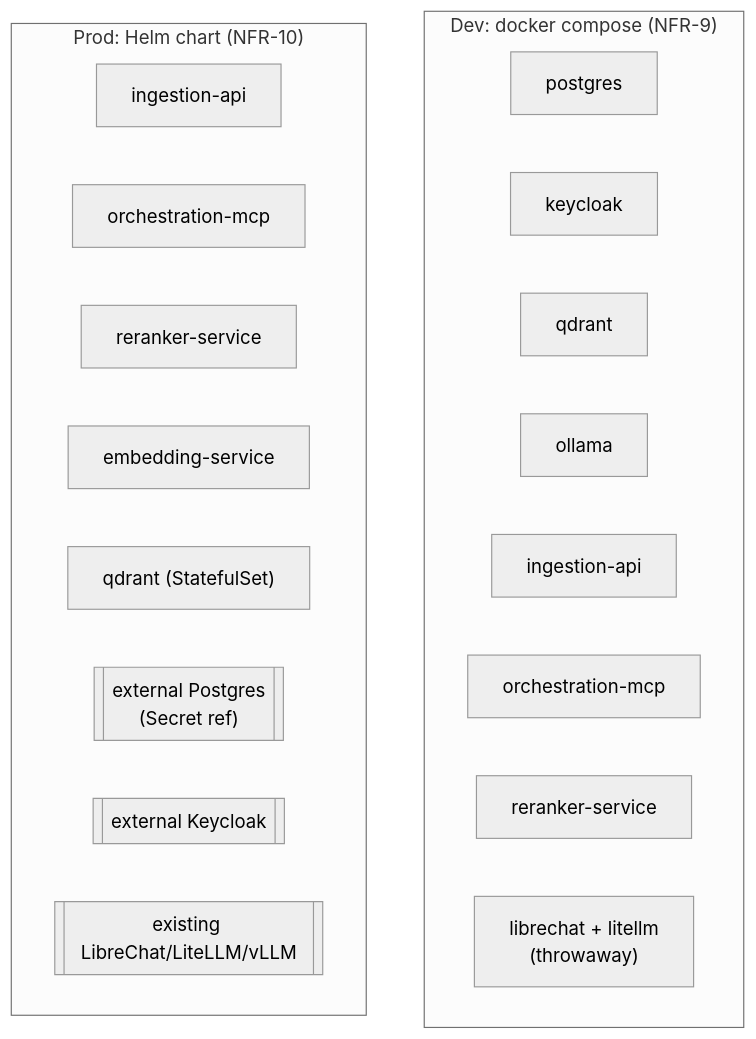
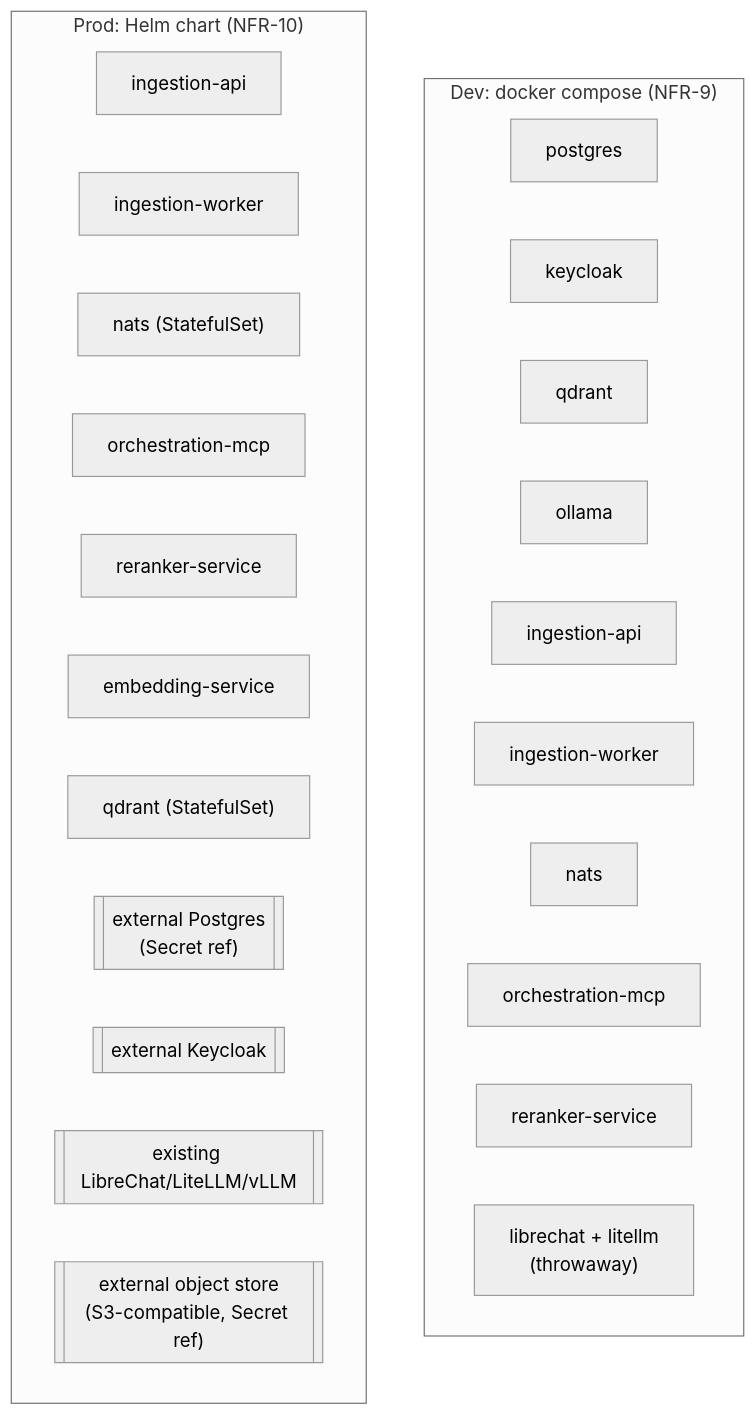
Before and after one commit to schuecl/nexus-rag: the eighth of 8 diagrams in ARCHITECTURE.md, drawn with Mermaid (neutral theme). The commit also changed other lines of this file and 1 other file, not shown here.

````diff
--- a/ARCHITECTURE.md
+++ b/ARCHITECTURE.md
@@ -297,14 +373,15 @@
 ```mermaid
 flowchart TB
     subgraph dev["Dev: docker compose (NFR-9)"]
         direction LR
-        d1["postgres"] & d2["keycloak"] & d3["qdrant"] & d4["ollama"] & d5["ingestion-api"] & d6["orchestration-mcp"] & d7["reranker-service"] & d8["librechat + litellm<br/>(throwaway)"]
+        d1["postgres"] & d2["keycloak"] & d3["qdrant"] & d4["ollama"] & d5["ingestion-api"] & d5b["ingestion-worker"] & d5c["nats"] & d6["orchestration-mcp"] & d7["reranker-service"] & d8["librechat + litellm<br/>(throwaway)"]
     end
     subgraph prod["Prod: Helm chart (NFR-10)"]
         direction LR
-        p1["ingestion-api"] & p2["orchestration-mcp"] & p3["reranker-service"] & p4["embedding-service"] & p5["qdrant (StatefulSet)"]
+        p1["ingestion-api"] & p1b["ingestion-worker"] & p1c["nats (StatefulSet)"] & p2["orchestration-mcp"] & p3["reranker-service"] & p4["embedding-service"] & p5["qdrant (StatefulSet)"]
         p6[["external Postgres<br/>(Secret ref)"]]
         p7[["external Keycloak"]]
         p8[["existing LibreChat/LiteLLM/vLLM"]]
+        p9[["external object store<br/>(S3-compatible, Secret ref)"]]
     end
 ```
````
